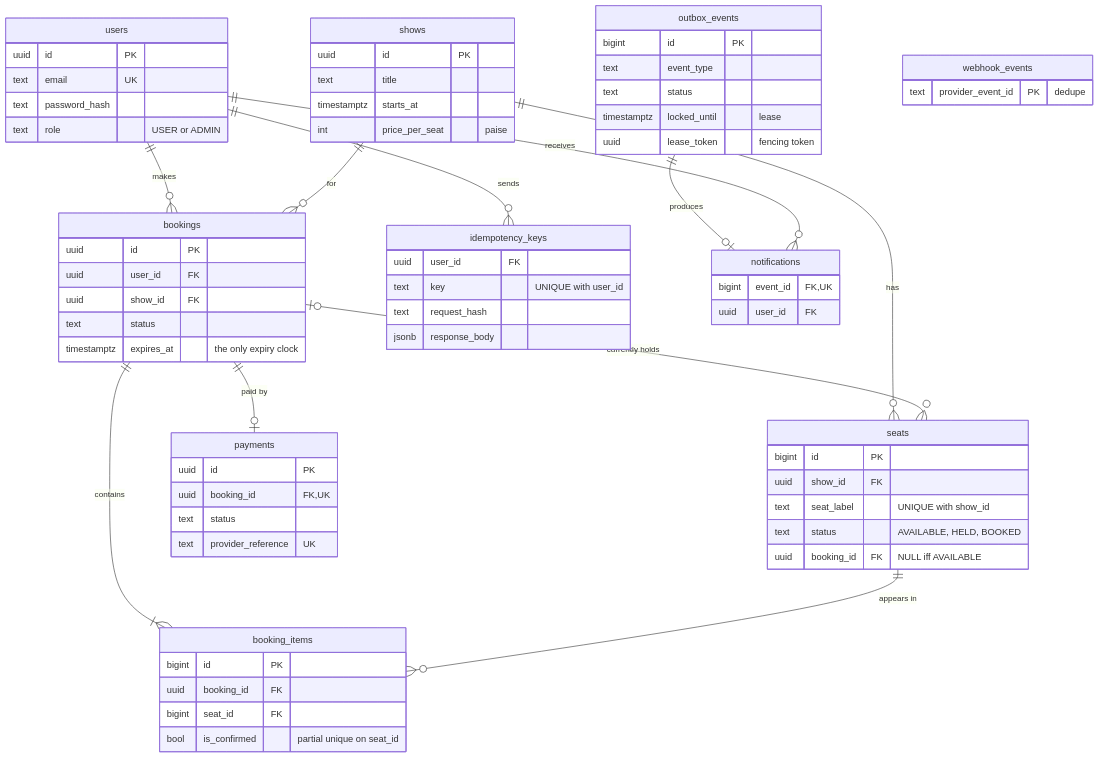
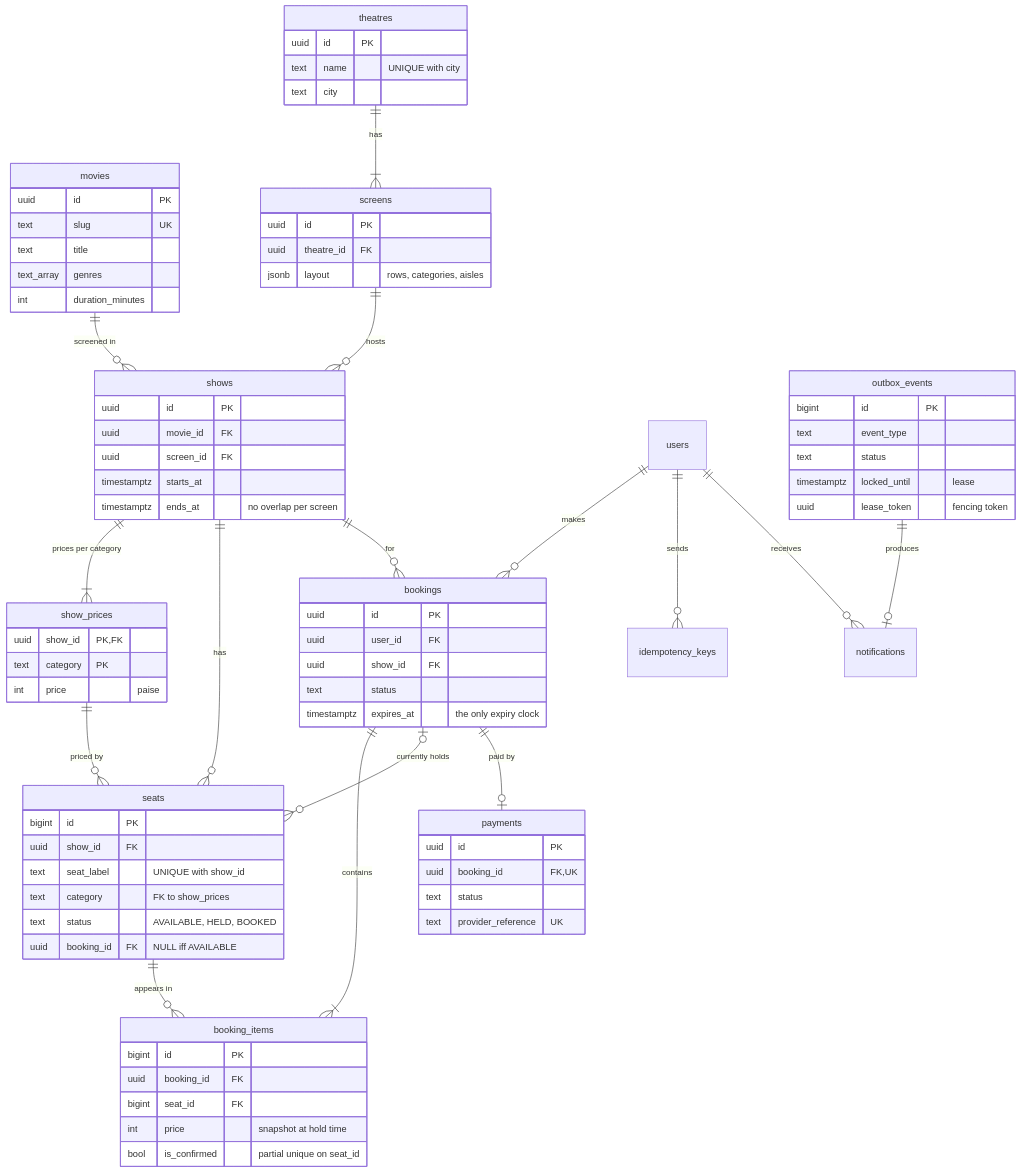
One commit to Saicharan519/SeatLock changed the sixth of 6 diagrams in README.md. Above: the diagram before and after it, drawn with Mermaid. The commit also changed other lines of this file and 39 other files, not shown here.

First line of the commit message:
Phase 12: movies, theatres, screens, showtimes and seat categories

````diff
--- a/README.md
+++ b/README.md
@@ -147,5 +147,10 @@
 ```mermaid
 erDiagram
+    movies ||--o{ shows : "screened in"
+    theatres ||--|{ screens : has
+    screens ||--o{ shows : hosts
+    shows ||--|{ show_prices : "prices per category"
+    show_prices ||--o{ seats : "priced by"
     users ||--o{ bookings : makes
     shows ||--o{ seats : has
     shows ||--o{ bookings : for
@@ -157,22 +162,40 @@
     outbox_events ||--o| notifications : produces
     users ||--o{ notifications : receives
 
-    users {
+    movies {
         uuid id PK
-        text email UK
-        text password_hash
-        text role "USER or ADMIN"
+        text slug UK
+        text title
+        text_array genres
+        int duration_minutes
+    }
+    theatres {
+        uuid id PK
+        text name "UNIQUE with city"
+        text city
+    }
+    screens {
+        uuid id PK
+        uuid theatre_id FK
+        jsonb layout "rows, categories, aisles"
     }
     shows {
         uuid id PK
-        text title
+        uuid movie_id FK
+        uuid screen_id FK
         timestamptz starts_at
-        int price_per_seat "paise"
+        timestamptz ends_at "no overlap per screen"
+    }
+    show_prices {
+        uuid show_id PK,FK
+        text category PK
+        int price "paise"
     }
     seats {
         bigint id PK
         uuid show_id FK
         text seat_label "UNIQUE with show_id"
+        text category "FK to show_prices"
         text status "AVAILABLE, HELD, BOOKED"
         uuid booking_id FK "NULL iff AVAILABLE"
     }
@@ -187,6 +210,7 @@
         bigint id PK
         uuid booking_id FK
         bigint seat_id FK
+        int price "snapshot at hold time"
         bool is_confirmed "partial unique on seat_id"
     }
     payments {
@@ -195,15 +219,6 @@
         text status
         text provider_reference UK
     }
-    idempotency_keys {
-        uuid user_id FK
-        text key "UNIQUE with user_id"
-        text request_hash
-        jsonb response_body
-    }
-    webhook_events {
-        text provider_event_id PK "dedupe"
-    }
     outbox_events {
         bigint id PK
         text event_type
@@ -211,8 +226,4 @@
         timestamptz locked_until "lease"
         uuid lease_token "fencing token"
     }
-    notifications {
-        bigint event_id FK,UK
-        uuid user_id FK
-    }
 ```
````
